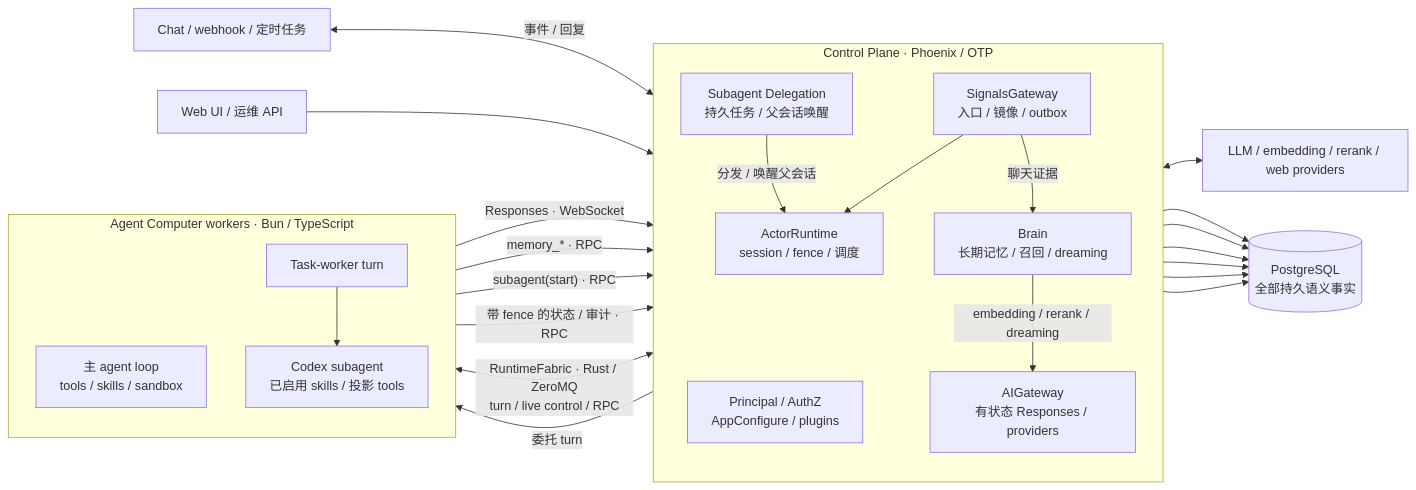
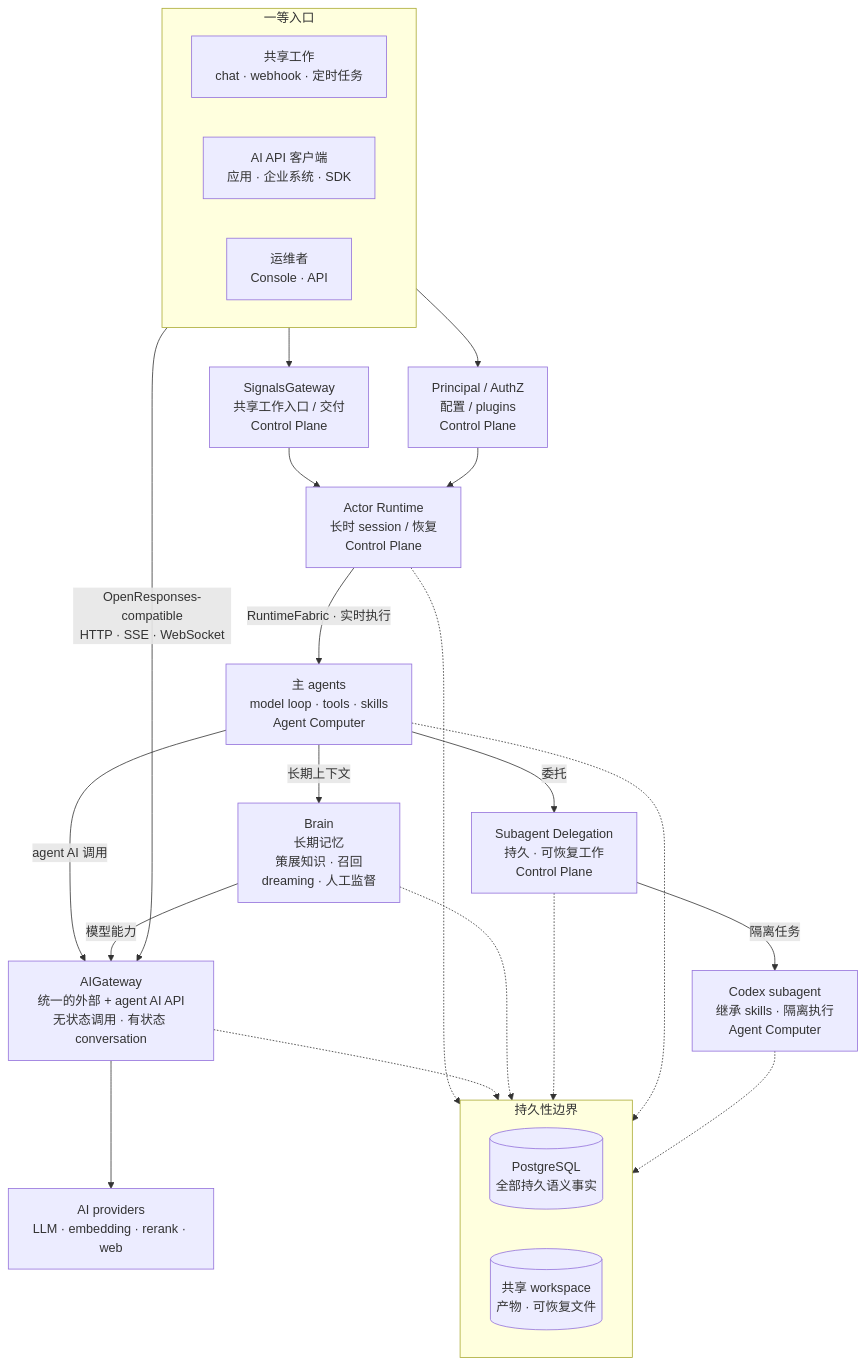
One commit to AgentBull/ankole changed the diagram in README.zh-Hans.md. Above: the diagram before and after it, drawn with Mermaid. The commit also changed other lines of this file and 22 other files, not shown here.

````diff
--- a/README.zh-Hans.md
+++ b/README.zh-Hans.md
@@ -66,42 +66,43 @@
 ```mermaid
-flowchart LR
-  subgraph CP["Control Plane · Phoenix / OTP"]
-    direction TB
-    Platform["Principal / AuthZ<br/>AppConfigure / plugins"]
-    SG["SignalsGateway<br/>入口 / 镜像 / outbox"]
-    AR["ActorRuntime<br/>session / fence / 调度"]
-    AI["AIGateway<br/>有状态 Responses / providers"]
-    Brain["Brain<br/>长期记忆 / 召回 / dreaming"]
-    Delegation["Subagent Delegation<br/>持久任务 / 父会话唤醒"]
-
-    SG --> AR
-    SG -->|"聊天证据"| Brain
-    Brain -->|"embedding / rerank / dreaming"| AI
-    Delegation -->|"分发 / 唤醒父会话"| AR
+flowchart TB
+  subgraph Entry["一等入口"]
+    direction LR
+    Work["共享工作<br/>chat · webhook · 定时任务"]
+    Clients["AI API 客户端<br/>应用 · 企业系统 · SDK"]
+    Ops["运维者<br/>Console · API"]
   end
 
-  subgraph AC["Agent Computer workers · Bun / TypeScript"]
-    direction TB
-    Main["主 agent loop<br/>tools / skills / sandbox"]
-    Task["Task-worker turn"]
-    Codex["Codex subagent<br/>已启用 skills / 投影 tools"]
-    Task --> Codex
+  SG["SignalsGateway<br/>共享工作入口 / 交付<br/>Control Plane"]
+  Platform["Principal / AuthZ<br/>配置 / plugins<br/>Control Plane"]
+  Runtime["Actor Runtime<br/>长时 session / 恢复<br/>Control Plane"]
+  Main["主 agents<br/>model loop · tools · skills<br/>Agent Computer"]
+  Brain["Brain<br/>长期记忆<br/>策展知识 · 召回<br/>dreaming · 人工监督"]
+  Delegate["Subagent Delegation<br/>持久 · 可恢复工作<br/>Control Plane"]
+  AI["AIGateway<br/>统一的外部 + agent AI API<br/>无状态调用 · 有状态 conversation"]
+  Task["Codex subagent<br/>继承 skills · 隔离执行<br/>Agent Computer"]
+  Providers["AI providers<br/>LLM · embedding · rerank · web"]
+
+  subgraph Storage["持久性边界"]
+    direction LR
+    PG[("PostgreSQL<br/>全部持久语义事实")]
+    Workspace[("共享 workspace<br/>产物 · 可恢复文件")]
   end
 
-  Channels["Chat / webhook / 定时任务"] <-->|"事件 / 回复"| SG
-  Console["Web UI / 运维 API"] --> Platform
-  AR <-->|"RuntimeFabric · Rust / ZeroMQ<br/>turn / live control / RPC"| Main
-  Main -->|"Responses · WebSocket"| AI
-  Main -->|"memory_* · RPC"| Brain
-  Main -->|"subagent(start) · RPC"| Delegation
-  AR -->|"委托 turn"| Task
-  Task -->|"带 fence 的状态 / 审计 · RPC"| Delegation
-  AI <--> Models["LLM / embedding / rerank / web providers"]
+  Work --> SG --> Runtime
+  Ops --> Platform --> Runtime
+  Runtime -->|"RuntimeFabric · 实时执行"| Main
+  Clients -->|"OpenResponses-compatible<br/>HTTP · SSE · WebSocket"| AI
+  Main -->|"agent AI 调用"| AI
+  Main -->|"长期上下文"| Brain
+  Brain -->|"模型能力"| AI
+  Main -->|"委托"| Delegate
+  Delegate -->|"隔离任务"| Task
+  AI --> Providers
 
-  Platform --> PG[("PostgreSQL<br/>全部持久语义事实")]
-  SG --> PG
-  AR --> PG
-  AI --> PG
-  Brain --> PG
-  Delegation --> PG
+  Runtime -.-> PG
+  AI -.-> PG
+  Brain -.-> PG
+  Delegate -.-> PG
+  Main -.-> Workspace
+  Task -.-> Workspace
 ```
````
